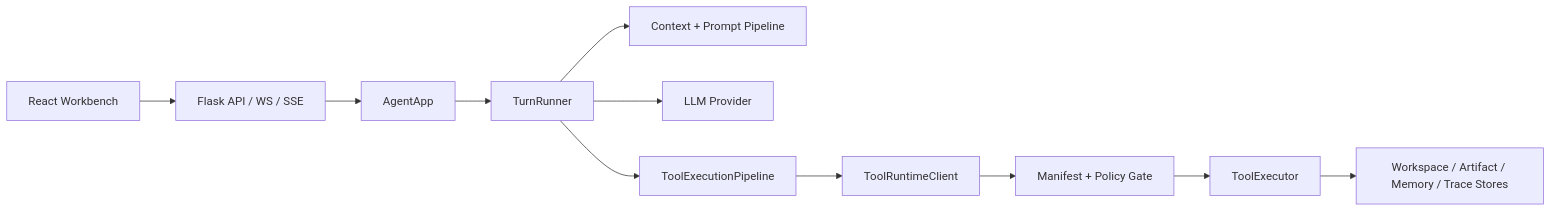
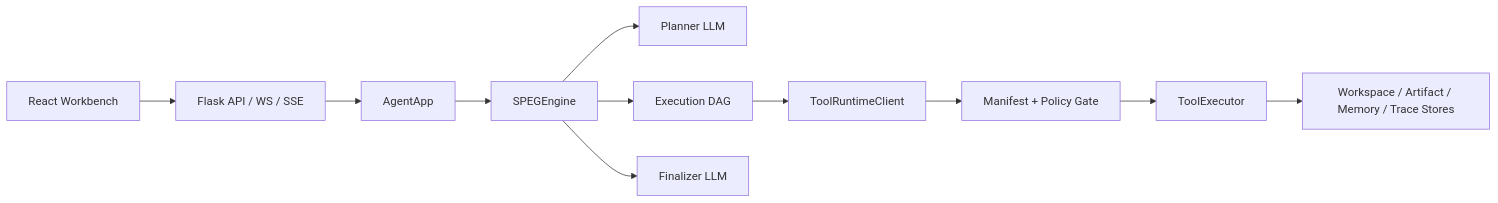
One commit to zhangh05/network_agent changed the diagram in README.md. Above: the diagram before and after it, drawn with Mermaid. The commit also changed other lines of this file and 65 other files, not shown here.

Commit message:
fix: hard cut SPEG runtime architecture

````diff
--- a/README.md
+++ b/README.md
@@ -26,13 +26,13 @@
 ```mermaid
 flowchart LR
   UI["React Workbench"] --> API["Flask API / WS / SSE"]
   API --> App["AgentApp"]
-  App --> Runner["TurnRunner"]
-  Runner --> Context["Context + Prompt Pipeline"]
-  Runner --> LLM["LLM Provider"]
-  Runner --> ToolPipe["ToolExecutionPipeline"]
-  ToolPipe --> Client["ToolRuntimeClient"]
+  App --> SPEG["SPEGEngine"]
+  SPEG --> Planner["Planner LLM"]
+  SPEG --> DAG["Execution DAG"]
+  DAG --> Client["ToolRuntimeClient"]
+  SPEG --> Finalizer["Finalizer LLM"]
   Client --> Policy["Manifest + Policy Gate"]
   Policy --> Exec["ToolExecutor"]
   Exec --> Store["Workspace / Artifact / Memory / Trace Stores"]
 ```
````
